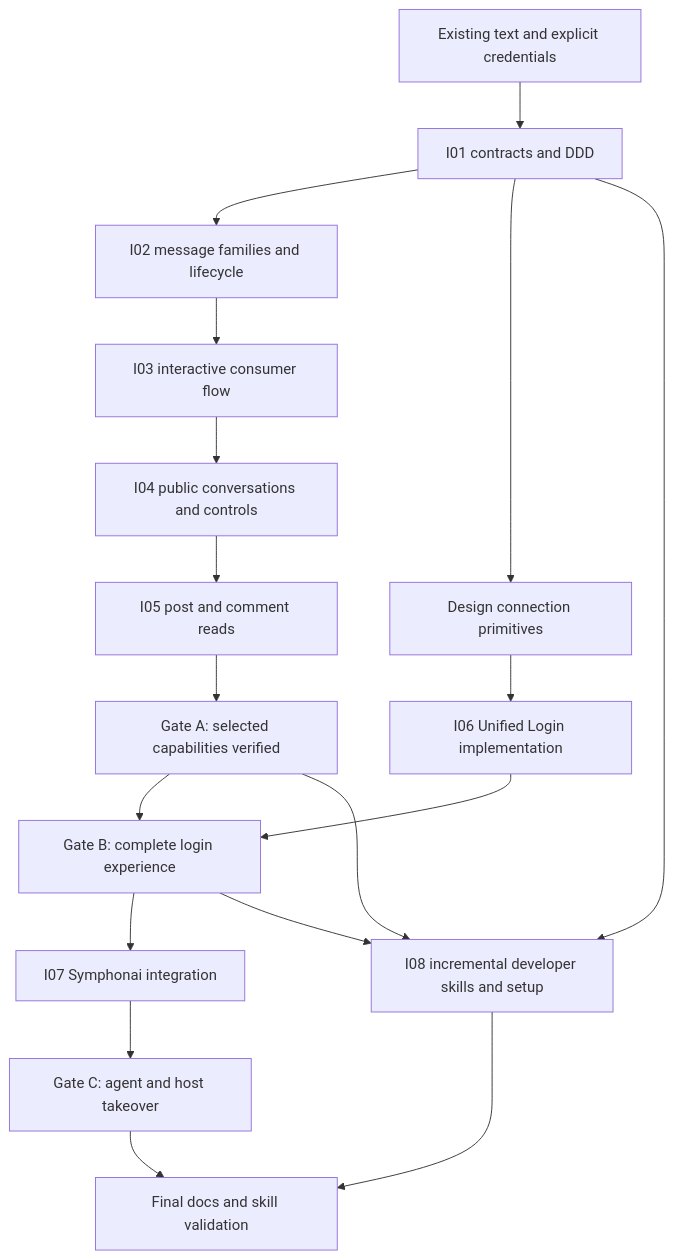
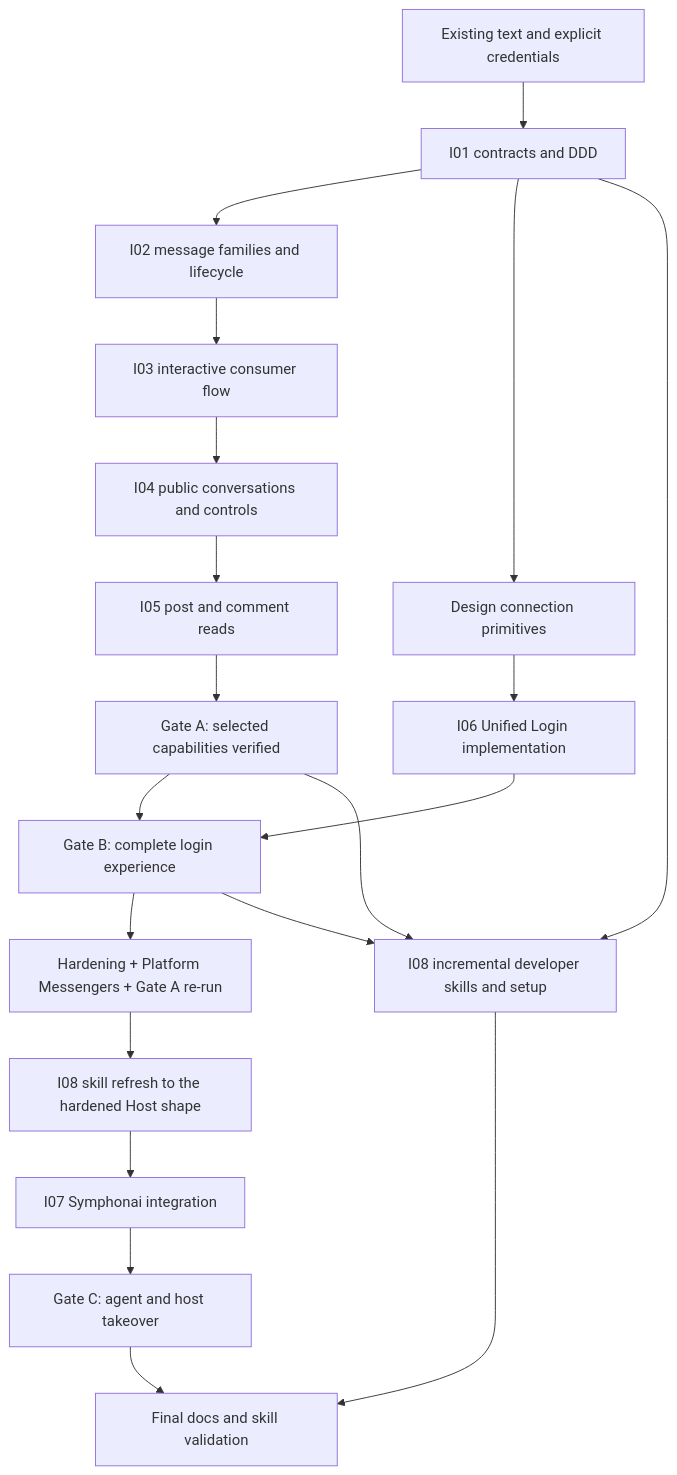
The diagram in docs/backlog/in_progress/261103-instagram-conversations/plan.md (sashanclrp/wappa), drawn with Mermaid before and after one commit. The commit also changed other lines of this file and 1 other file, not shown here.

Commit message:
[MOD] [DOCS] Instagram PRD: hardened Host shape, event lanes, skill refresh before Symphonai

````diff
--- a/docs/backlog/in_progress/261103-instagram-conversations/plan.md
+++ b/docs/backlog/in_progress/261103-instagram-conversations/plan.md
@@ -96,20 +125,22 @@
 ```mermaid
 flowchart TD
     BASE[Existing text and explicit credentials] --> I01[I01 contracts and DDD]
     I01 --> I02[I02 message families and lifecycle]
     I02 --> I03[I03 interactive consumer flow]
     I03 --> I04[I04 public conversations and controls]
     I04 --> I05[I05 post and comment reads]
     I05 --> A[Gate A: selected capabilities verified]
     I01 --> OAUTH[Design connection primitives]
     OAUTH --> I06[I06 Unified Login implementation]
     A --> B[Gate B: complete login experience]
     I06 --> B
-    B --> I07[I07 Symphonai integration]
+    B --> HX[Hardening + Platform Messengers + Gate A re-run]
+    HX --> SKR[I08 skill refresh to the hardened Host shape]
+    SKR --> I07[I07 Symphonai integration]
     I07 --> C[Gate C: agent and host takeover]
     I01 --> SK[I08 incremental developer skills and setup]
     A --> SK
     B --> SK
     C --> DONE[Final docs and skill validation]
     SK --> DONE
 ```
````
